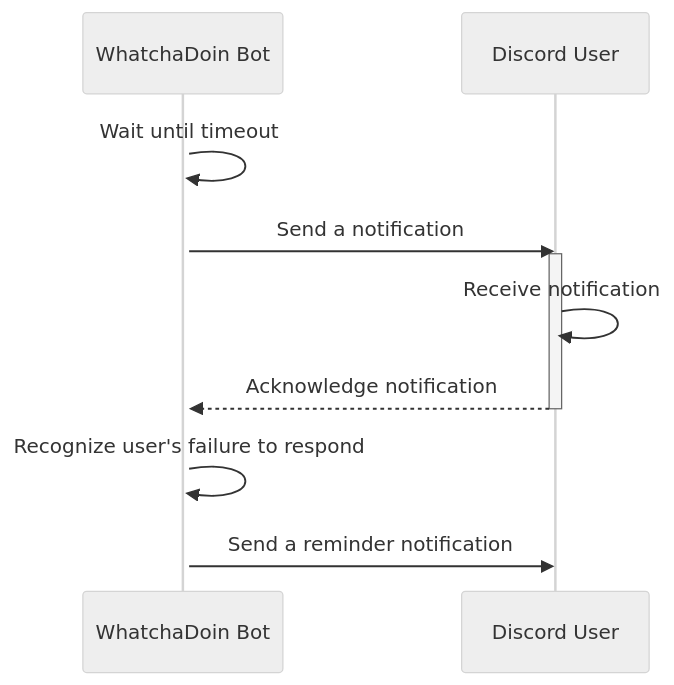
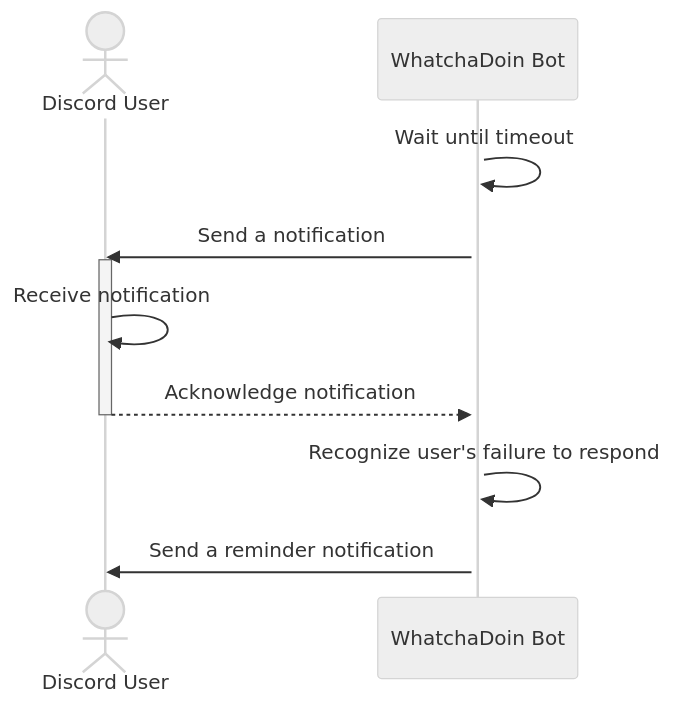
Before and after one commit to Capstone-Projects-2023-Fall/project-bereal-meets-slack: the fifth of 11 diagrams in documentation/docs/system-architecture/design.md, drawn with Mermaid (neutral theme). The commit also changed other lines of this file, not shown here.

````diff
--- a/documentation/docs/system-architecture/design.md
+++ b/documentation/docs/system-architecture/design.md
@@ -294,17 +295,17 @@
 ```mermaid
 
 sequenceDiagram
+    actor User as Discord User
     participant WhatchaDoinBot as WhatchaDoin Bot
-    participant User as Discord User
 
     activate WhatchaDoinBot
     WhatchaDoinBot ->> WhatchaDoinBot: Wait until timeout
     WhatchaDoinBot ->> User: Send a notification
     activate User
     User ->> User: Receive notification
     User -->> WhatchaDoinBot: Acknowledge notification
     deactivate User
     WhatchaDoinBot ->> WhatchaDoinBot: Recognize user's failure to respond
     WhatchaDoinBot ->> User: Send a reminder notification
 
 ```
````
